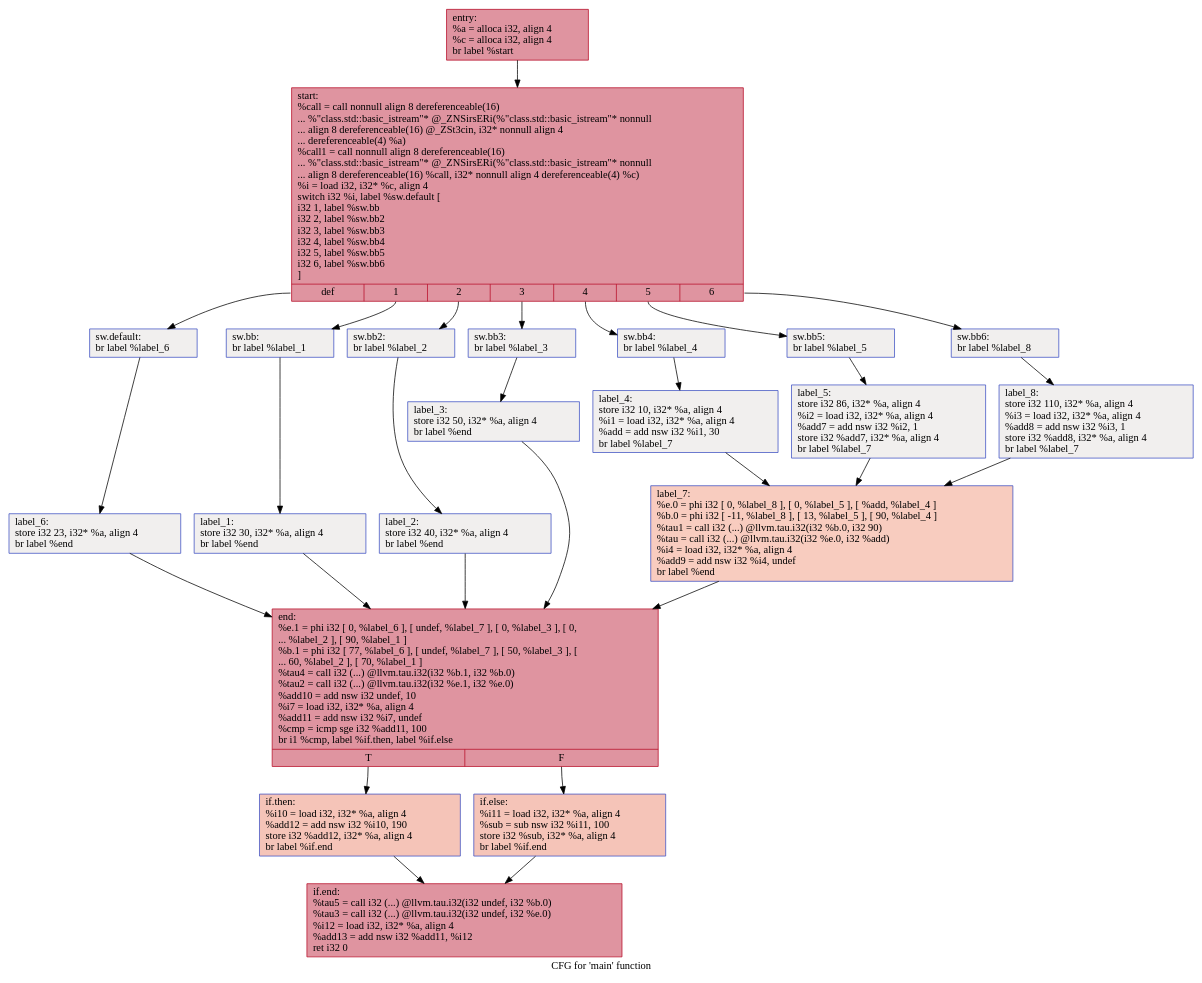
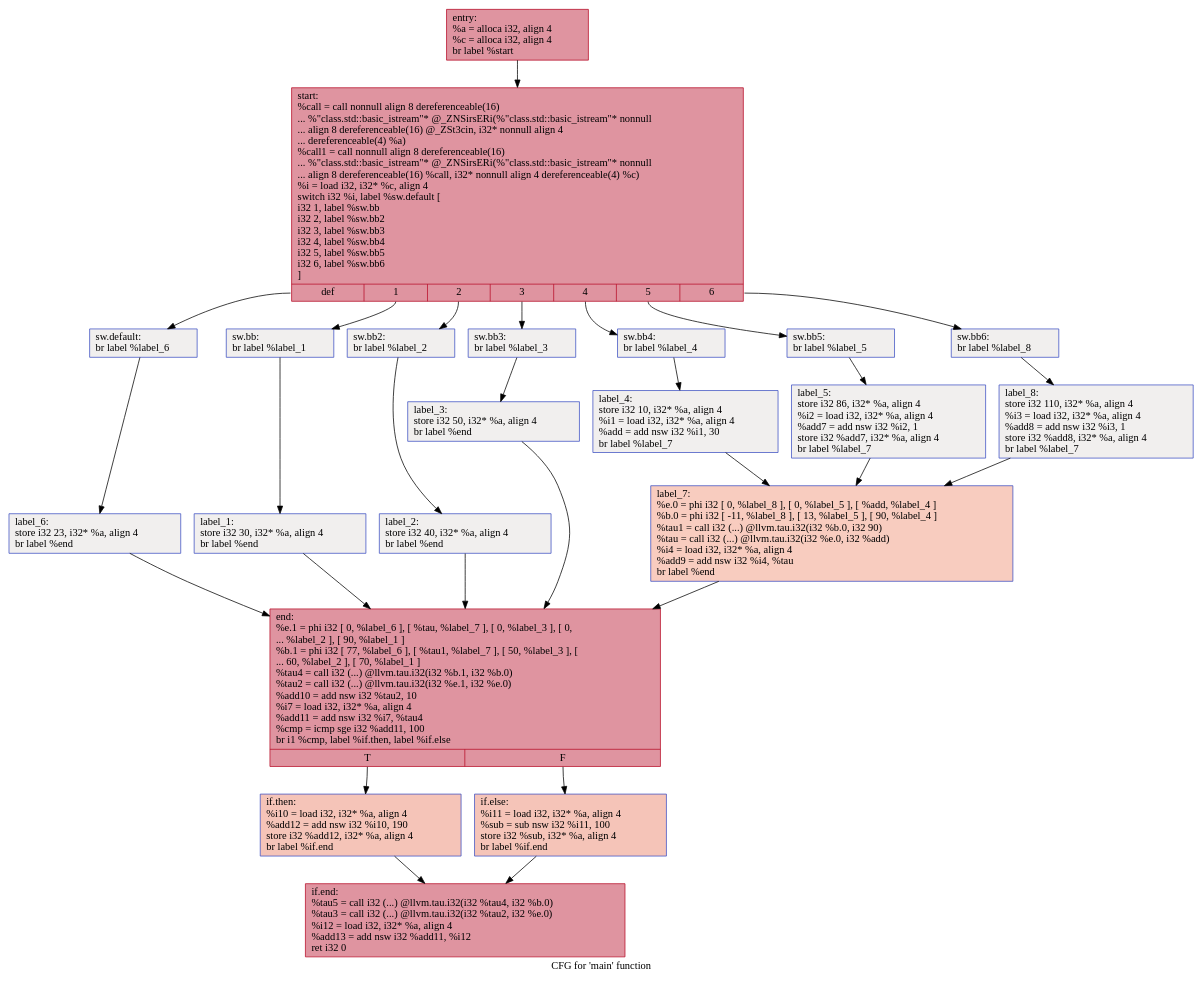
Before and after one commit to HPSSA-LLVM/HPSSA-LLVM: the diagram in IR/cfg/afterHPSSA.dot, drawn with Graphviz. The commit also changed 6 other files, not shown here.

```diff
--- a/IR/cfg/afterHPSSA.dot
+++ b/IR/cfg/afterHPSSA.dot
@@ -1,52 +1,52 @@
 digraph "CFG for 'main' function" {
 	label="CFG for 'main' function";
 
-	Node0x55ee03b356d0 [shape=record,color="#b70d28ff", style=filled, fillcolor="#b70d2870",label="{entry:\l  %a = alloca i32, align 4\l  %c = alloca i32, align 4\l  br label %start\l}"];
-	Node0x55ee03b356d0 -> Node0x55ee03b35920;
-	Node0x55ee03b35920 [shape=record,color="#b70d28ff", style=filled, fillcolor="#b70d2870",label="{start:                                            \l  %call = call nonnull align 8 dereferenceable(16)\l... %\"class.std::basic_istream\"* @_ZNSirsERi(%\"class.std::basic_istream\"* nonnull\l... align 8 dereferenceable(16) @_ZSt3cin, i32* nonnull align 4\l... dereferenceable(4) %a)\l  %call1 = call nonnull align 8 dereferenceable(16)\l... %\"class.std::basic_istream\"* @_ZNSirsERi(%\"class.std::basic_istream\"* nonnull\l... align 8 dereferenceable(16) %call, i32* nonnull align 4 dereferenceable(4) %c)\l  %i = load i32, i32* %c, align 4\l  switch i32 %i, label %sw.default [\l    i32 1, label %sw.bb\l    i32 2, label %sw.bb2\l    i32 3, label %sw.bb3\l    i32 4, label %sw.bb4\l    i32 5, label %sw.bb5\l    i32 6, label %sw.bb6\l  ]\l|{<s0>def|<s1>1|<s2>2|<s3>3|<s4>4|<s5>5|<s6>6}}"];
-	Node0x55ee03b35920:s0 -> Node0x55ee03b35db0;
-	Node0x55ee03b35920:s1 -> Node0x55ee03b35e90;
-	Node0x55ee03b35920:s2 -> Node0x55ee03b35f90;
-	Node0x55ee03b35920:s3 -> Node0x55ee03b36090;
-	Node0x55ee03b35920:s4 -> Node0x55ee03b36190;
-	Node0x55ee03b35920:s5 -> Node0x55ee03b36290;
-	Node0x55ee03b35920:s6 -> Node0x55ee03b36530;
-	Node0x55ee03b35e90 [shape=record,color="#3d50c3ff", style=filled, fillcolor="#e0dbd870",label="{sw.bb:                                            \l  br label %label_1\l}"];
-	Node0x55ee03b35e90 -> Node0x55ee03b36820;
-	Node0x55ee03b35f90 [shape=record,color="#3d50c3ff", style=filled, fillcolor="#e0dbd870",label="{sw.bb2:                                           \l  br label %label_2\l}"];
-	Node0x55ee03b35f90 -> Node0x55ee03b36900;
-	Node0x55ee03b36090 [shape=record,color="#3d50c3ff", style=filled, fillcolor="#e0dbd870",label="{sw.bb3:                                           \l  br label %label_3\l}"];
-	Node0x55ee03b36090 -> Node0x55ee03b369e0;
-	Node0x55ee03b36190 [shape=record,color="#3d50c3ff", style=filled, fillcolor="#e0dbd870",label="{sw.bb4:                                           \l  br label %label_4\l}"];
-	Node0x55ee03b36190 -> Node0x55ee03b36ac0;
-	Node0x55ee03b36290 [shape=record,color="#3d50c3ff", style=filled, fillcolor="#e0dbd870",label="{sw.bb5:                                           \l  br label %label_5\l}"];
-	Node0x55ee03b36290 -> Node0x55ee03b36ba0;
-	Node0x55ee03b36530 [shape=record,color="#3d50c3ff", style=filled, fillcolor="#e0dbd870",label="{sw.bb6:                                           \l  br label %label_8\l}"];
-	Node0x55ee03b36530 -> Node0x55ee03b36c80;
-	Node0x55ee03b35db0 [shape=record,color="#3d50c3ff", style=filled, fillcolor="#e0dbd870",label="{sw.default:                                       \l  br label %label_6\l}"];
-	Node0x55ee03b35db0 -> Node0x55ee03b36d60;
-	Node0x55ee03b36820 [shape=record,color="#3d50c3ff", style=filled, fillcolor="#e0dbd870",label="{label_1:                                          \l  store i32 30, i32* %a, align 4\l  br label %end\l}"];
-	Node0x55ee03b36820 -> Node0x55ee03b36f00;
-	Node0x55ee03b36900 [shape=record,color="#3d50c3ff", style=filled, fillcolor="#e0dbd870",label="{label_2:                                          \l  store i32 40, i32* %a, align 4\l  br label %end\l}"];
-	Node0x55ee03b36900 -> Node0x55ee03b36f00;
-	Node0x55ee03b369e0 [shape=record,color="#3d50c3ff", style=filled, fillcolor="#e0dbd870",label="{label_3:                                          \l  store i32 50, i32* %a, align 4\l  br label %end\l}"];
-	Node0x55ee03b369e0 -> Node0x55ee03b36f00;
-	Node0x55ee03b36ac0 [shape=record,color="#3d50c3ff", style=filled, fillcolor="#e0dbd870",label="{label_4:                                          \l  store i32 10, i32* %a, align 4\l  %i1 = load i32, i32* %a, align 4\l  %add = add nsw i32 %i1, 30\l  br label %label_7\l}"];
-	Node0x55ee03b36ac0 -> Node0x55ee03b37440;
-	Node0x55ee03b36ba0 [shape=record,color="#3d50c3ff", style=filled, fillcolor="#e0dbd870",label="{label_5:                                          \l  store i32 86, i32* %a, align 4\l  %i2 = load i32, i32* %a, align 4\l  %add7 = add nsw i32 %i2, 1\l  store i32 %add7, i32* %a, align 4\l  br label %label_7\l}"];
-	Node0x55ee03b36ba0 -> Node0x55ee03b37440;
-	Node0x55ee03b36c80 [shape=record,color="#3d50c3ff", style=filled, fillcolor="#e0dbd870",label="{label_8:                                          \l  store i32 110, i32* %a, align 4\l  %i3 = load i32, i32* %a, align 4\l  %add8 = add nsw i32 %i3, 1\l  store i32 %add8, i32* %a, align 4\l  br label %label_7\l}"];
-	Node0x55ee03b36c80 -> Node0x55ee03b37440;
-	Node0x55ee03b37440 [shape=record,color="#3d50c3ff", style=filled, fillcolor="#f08b6e70",label="{label_7:                                          \l  %e.0 = phi i32 [ 0, %label_8 ], [ 0, %label_5 ], [ %add, %label_4 ]\l  %b.0 = phi i32 [ -11, %label_8 ], [ 13, %label_5 ], [ 90, %label_4 ]\l  %tau1 = call i32 (...) @llvm.tau.i32(i32 %b.0, i32 90)\l  %tau = call i32 (...) @llvm.tau.i32(i32 %e.0, i32 %add)\l  %i4 = load i32, i32* %a, align 4\l  %add9 = add nsw i32 %i4, undef\l  br label %end\l}"];
-	Node0x55ee03b37440 -> Node0x55ee03b36f00;
-	Node0x55ee03b36d60 [shape=record,color="#3d50c3ff", style=filled, fillcolor="#e0dbd870",label="{label_6:                                          \l  store i32 23, i32* %a, align 4\l  br label %end\l}"];
-	Node0x55ee03b36d60 -> Node0x55ee03b36f00;
-	Node0x55ee03b36f00 [shape=record,color="#b70d28ff", style=filled, fillcolor="#b70d2870",label="{end:                                              \l  %e.1 = phi i32 [ 0, %label_6 ], [ undef, %label_7 ], [ 0, %label_3 ], [ 0,\l... %label_2 ], [ 90, %label_1 ]\l  %b.1 = phi i32 [ 77, %label_6 ], [ undef, %label_7 ], [ 50, %label_3 ], [\l... 60, %label_2 ], [ 70, %label_1 ]\l  %tau4 = call i32 (...) @llvm.tau.i32(i32 %b.1, i32 %b.0)\l  %tau2 = call i32 (...) @llvm.tau.i32(i32 %e.1, i32 %e.0)\l  %add10 = add nsw i32 undef, 10\l  %i7 = load i32, i32* %a, align 4\l  %add11 = add nsw i32 %i7, undef\l  %cmp = icmp sge i32 %add11, 100\l  br i1 %cmp, label %if.then, label %if.else\l|{<s0>T|<s1>F}}"];
-	Node0x55ee03b36f00:s0 -> Node0x55ee03b39b30;
-	Node0x55ee03b36f00:s1 -> Node0x55ee03b39ba0;
-	Node0x55ee03b39b30 [shape=record,color="#3d50c3ff", style=filled, fillcolor="#e97a5f70",label="{if.then:                                          \l  %i10 = load i32, i32* %a, align 4\l  %add12 = add nsw i32 %i10, 190\l  store i32 %add12, i32* %a, align 4\l  br label %if.end\l}"];
-	Node0x55ee03b39b30 -> Node0x55ee03b39ec0;
-	Node0x55ee03b39ba0 [shape=record,color="#3d50c3ff", style=filled, fillcolor="#e97a5f70",label="{if.else:                                          \l  %i11 = load i32, i32* %a, align 4\l  %sub = sub nsw i32 %i11, 100\l  store i32 %sub, i32* %a, align 4\l  br label %if.end\l}"];
-	Node0x55ee03b39ba0 -> Node0x55ee03b39ec0;
-	Node0x55ee03b39ec0 [shape=record,color="#b70d28ff", style=filled, fillcolor="#b70d2870",label="{if.end:                                           \l  %tau5 = call i32 (...) @llvm.tau.i32(i32 undef, i32 %b.0)\l  %tau3 = call i32 (...) @llvm.tau.i32(i32 undef, i32 %e.0)\l  %i12 = load i32, i32* %a, align 4\l  %add13 = add nsw i32 %add11, %i12\l  ret i32 0\l}"];
+	Node0x56179c7836d0 [shape=record,color="#b70d28ff", style=filled, fillcolor="#b70d2870",label="{entry:\l  %a = alloca i32, align 4\l  %c = alloca i32, align 4\l  br label %start\l}"];
+	Node0x56179c7836d0 -> Node0x56179c783920;
+	Node0x56179c783920 [shape=record,color="#b70d28ff", style=filled, fillcolor="#b70d2870",label="{start:                                            \l  %call = call nonnull align 8 dereferenceable(16)\l... %\"class.std::basic_istream\"* @_ZNSirsERi(%\"class.std::basic_istream\"* nonnull\l... align 8 dereferenceable(16) @_ZSt3cin, i32* nonnull align 4\l... dereferenceable(4) %a)\l  %call1 = call nonnull align 8 dereferenceable(16)\l... %\"class.std::basic_istream\"* @_ZNSirsERi(%\"class.std::basic_istream\"* nonnull\l... align 8 dereferenceable(16) %call, i32* nonnull align 4 dereferenceable(4) %c)\l  %i = load i32, i32* %c, align 4\l  switch i32 %i, label %sw.default [\l    i32 1, label %sw.bb\l    i32 2, label %sw.bb2\l    i32 3, label %sw.bb3\l    i32 4, label %sw.bb4\l    i32 5, label %sw.bb5\l    i32 6, label %sw.bb6\l  ]\l|{<s0>def|<s1>1|<s2>2|<s3>3|<s4>4|<s5>5|<s6>6}}"];
+	Node0x56179c783920:s0 -> Node0x56179c783db0;
+	Node0x56179c783920:s1 -> Node0x56179c783e90;
+	Node0x56179c783920:s2 -> Node0x56179c783f90;
+	Node0x56179c783920:s3 -> Node0x56179c784090;
+	Node0x56179c783920:s4 -> Node0x56179c784190;
+	Node0x56179c783920:s5 -> Node0x56179c784290;
+	Node0x56179c783920:s6 -> Node0x56179c784530;
+	Node0x56179c783e90 [shape=record,color="#3d50c3ff", style=filled, fillcolor="#e0dbd870",label="{sw.bb:                                            \l  br label %label_1\l}"];
+	Node0x56179c783e90 -> Node0x56179c784820;
+	Node0x56179c783f90 [shape=record,color="#3d50c3ff", style=filled, fillcolor="#e0dbd870",label="{sw.bb2:                                           \l  br label %label_2\l}"];
+	Node0x56179c783f90 -> Node0x56179c784900;
+	Node0x56179c784090 [shape=record,color="#3d50c3ff", style=filled, fillcolor="#e0dbd870",label="{sw.bb3:                                           \l  br label %label_3\l}"];
+	Node0x56179c784090 -> Node0x56179c7849e0;
+	Node0x56179c784190 [shape=record,color="#3d50c3ff", style=filled, fillcolor="#e0dbd870",label="{sw.bb4:                                           \l  br label %label_4\l}"];
+	Node0x56179c784190 -> Node0x56179c784ac0;
+	Node0x56179c784290 [shape=record,color="#3d50c3ff", style=filled, fillcolor="#e0dbd870",label="{sw.bb5:                                           \l  br label %label_5\l}"];
+	Node0x56179c784290 -> Node0x56179c784ba0;
+	Node0x56179c784530 [shape=record,color="#3d50c3ff", style=filled, fillcolor="#e0dbd870",label="{sw.bb6:                                           \l  br label %label_8\l}"];
+	Node0x56179c784530 -> Node0x56179c784c80;
+	Node0x56179c783db0 [shape=record,color="#3d50c3ff", style=filled, fillcolor="#e0dbd870",label="{sw.default:                                       \l  br label %label_6\l}"];
+	Node0x56179c783db0 -> Node0x56179c784d60;
+	Node0x56179c784820 [shape=record,color="#3d50c3ff", style=filled, fillcolor="#e0dbd870",label="{label_1:                                          \l  store i32 30, i32* %a, align 4\l  br label %end\l}"];
+	Node0x56179c784820 -> Node0x56179c784f00;
+	Node0x56179c784900 [shape=record,color="#3d50c3ff", style=filled, fillcolor="#e0dbd870",label="{label_2:                                          \l  store i32 40, i32* %a, align 4\l  br label %end\l}"];
+	Node0x56179c784900 -> Node0x56179c784f00;
+	Node0x56179c7849e0 [shape=record,color="#3d50c3ff", style=filled, fillcolor="#e0dbd870",label="{label_3:                                          \l  store i32 50, i32* %a, align 4\l  br label %end\l}"];
+	Node0x56179c7849e0 -> Node0x56179c784f00;
+	Node0x56179c784ac0 [shape=record,color="#3d50c3ff", style=filled, fillcolor="#e0dbd870",label="{label_4:                                          \l  store i32 10, i32* %a, align 4\l  %i1 = load i32, i32* %a, align 4\l  %add = add nsw i32 %i1, 30\l  br label %label_7\l}"];
+	Node0x56179c784ac0 -> Node0x56179c785440;
+	Node0x56179c784ba0 [shape=record,color="#3d50c3ff", style=filled, fillcolor="#e0dbd870",label="{label_5:                                          \l  store i32 86, i32* %a, align 4\l  %i2 = load i32, i32* %a, align 4\l  %add7 = add nsw i32 %i2, 1\l  store i32 %add7, i32* %a, align 4\l  br label %label_7\l}"];
+	Node0x56179c784ba0 -> Node0x56179c785440;
+	Node0x56179c784c80 [shape=record,color="#3d50c3ff", style=filled, fillcolor="#e0dbd870",label="{label_8:                                          \l  store i32 110, i32* %a, align 4\l  %i3 = load i32, i32* %a, align 4\l  %add8 = add nsw i32 %i3, 1\l  store i32 %add8, i32* %a, align 4\l  br label %label_7\l}"];
+	Node0x56179c784c80 -> Node0x56179c785440;
+	Node0x56179c785440 [shape=record,color="#3d50c3ff", style=filled, fillcolor="#f08b6e70",label="{label_7:                                          \l  %e.0 = phi i32 [ 0, %label_8 ], [ 0, %label_5 ], [ %add, %label_4 ]\l  %b.0 = phi i32 [ -11, %label_8 ], [ 13, %label_5 ], [ 90, %label_4 ]\l  %tau1 = call i32 (...) @llvm.tau.i32(i32 %b.0, i32 90)\l  %tau = call i32 (...) @llvm.tau.i32(i32 %e.0, i32 %add)\l  %i4 = load i32, i32* %a, align 4\l  %add9 = add nsw i32 %i4, %tau\l  br label %end\l}"];
+	Node0x56179c785440 -> Node0x56179c784f00;
+	Node0x56179c784d60 [shape=record,color="#3d50c3ff", style=filled, fillcolor="#e0dbd870",label="{label_6:                                          \l  store i32 23, i32* %a, align 4\l  br label %end\l}"];
+	Node0x56179c784d60 -> Node0x56179c784f00;
+	Node0x56179c784f00 [shape=record,color="#b70d28ff", style=filled, fillcolor="#b70d2870",label="{end:                                              \l  %e.1 = phi i32 [ 0, %label_6 ], [ %tau, %label_7 ], [ 0, %label_3 ], [ 0,\l... %label_2 ], [ 90, %label_1 ]\l  %b.1 = phi i32 [ 77, %label_6 ], [ %tau1, %label_7 ], [ 50, %label_3 ], [\l... 60, %label_2 ], [ 70, %label_1 ]\l  %tau4 = call i32 (...) @llvm.tau.i32(i32 %b.1, i32 %b.0)\l  %tau2 = call i32 (...) @llvm.tau.i32(i32 %e.1, i32 %e.0)\l  %add10 = add nsw i32 %tau2, 10\l  %i7 = load i32, i32* %a, align 4\l  %add11 = add nsw i32 %i7, %tau4\l  %cmp = icmp sge i32 %add11, 100\l  br i1 %cmp, label %if.then, label %if.else\l|{<s0>T|<s1>F}}"];
+	Node0x56179c784f00:s0 -> Node0x56179c787700;
+	Node0x56179c784f00:s1 -> Node0x56179c787770;
+	Node0x56179c787700 [shape=record,color="#3d50c3ff", style=filled, fillcolor="#e97a5f70",label="{if.then:                                          \l  %i10 = load i32, i32* %a, align 4\l  %add12 = add nsw i32 %i10, 190\l  store i32 %add12, i32* %a, align 4\l  br label %if.end\l}"];
+	Node0x56179c787700 -> Node0x56179c787a90;
+	Node0x56179c787770 [shape=record,color="#3d50c3ff", style=filled, fillcolor="#e97a5f70",label="{if.else:                                          \l  %i11 = load i32, i32* %a, align 4\l  %sub = sub nsw i32 %i11, 100\l  store i32 %sub, i32* %a, align 4\l  br label %if.end\l}"];
+	Node0x56179c787770 -> Node0x56179c787a90;
+	Node0x56179c787a90 [shape=record,color="#b70d28ff", style=filled, fillcolor="#b70d2870",label="{if.end:                                           \l  %tau5 = call i32 (...) @llvm.tau.i32(i32 %tau4, i32 %b.0)\l  %tau3 = call i32 (...) @llvm.tau.i32(i32 %tau2, i32 %e.0)\l  %i12 = load i32, i32* %a, align 4\l  %add13 = add nsw i32 %add11, %i12\l  ret i32 0\l}"];
 }
```
